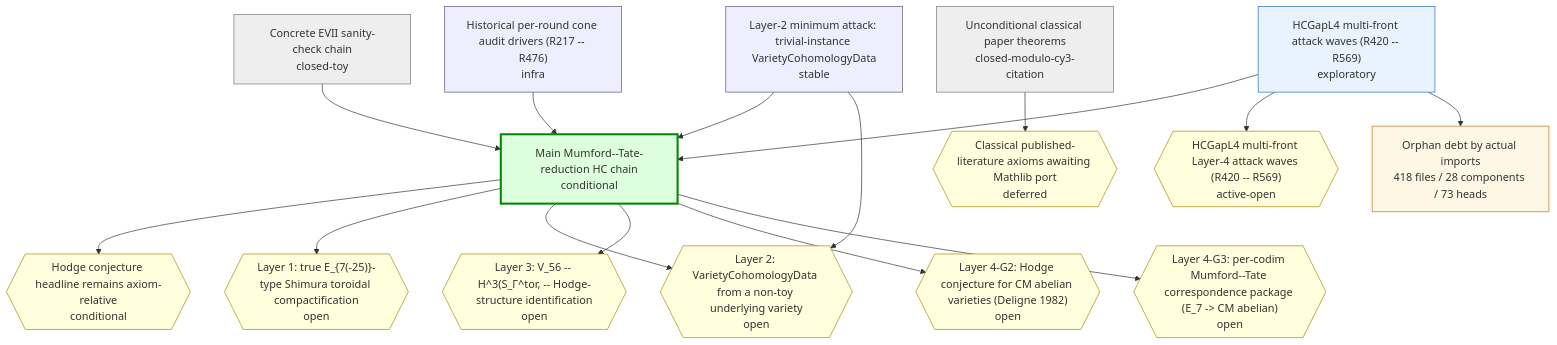
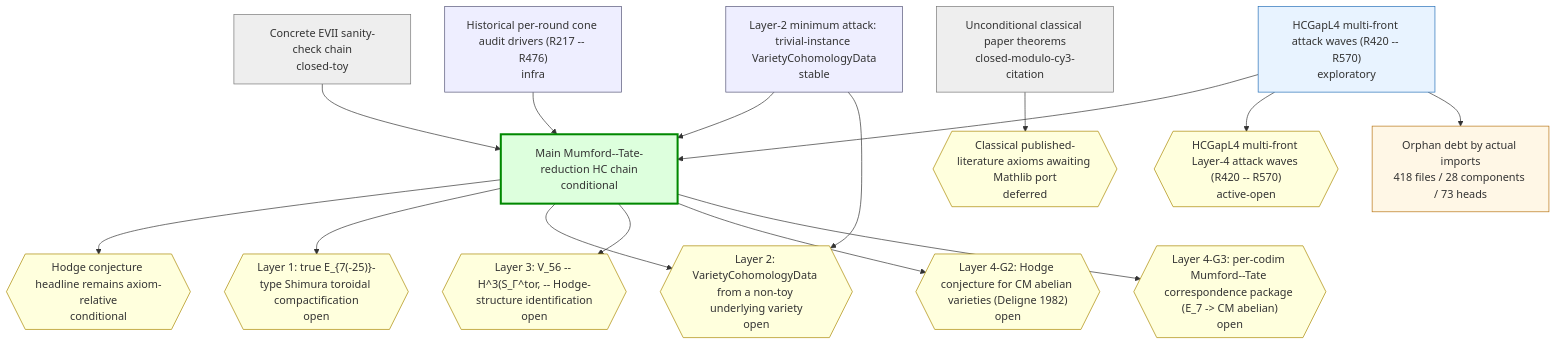
One commit to crabsatellite/hodge-conjecture-lean4-formalization changed the first of 2 diagrams in chain-status/research-map.md. Above: the diagram before and after it, drawn with Mermaid. The commit also changed other lines of this file and 7 other files, not shown here.

````diff
--- a/chain-status/research-map.md
+++ b/chain-status/research-map.md
@@ -45,44 +45,44 @@
 ```mermaid
 graph TD
   classDef main fill:#dfd,stroke:#080,stroke-width:3px
   classDef active fill:#e8f3ff,stroke:#2670b8
   classDef support fill:#eef,stroke:#557
   classDef closed fill:#eee,stroke:#777
   classDef dead fill:#fdd,stroke:#a00,stroke-width:2px
   classDef gapOpen fill:#ffd,stroke:#a80
   classDef gapClosed fill:#eee,stroke:#777
   classDef gapDead fill:#fdd,stroke:#a00
   classDef debt fill:#fff7e6,stroke:#b87514
   classDef debtTaxonomy fill:#e8f3ff,stroke:#2670b8,stroke-dasharray:3 3
   classDef debtRule fill:#eefbea,stroke:#398439,stroke-dasharray:3 3
   classDef debtDead fill:#fdd,stroke:#a00,stroke-dasharray:3 3
   chain_main_hc_axiom_relative["Main Mumford--Tate-reduction HC chain\nconditional"]:::main
   chain_unconditional_classical["Unconditional classical paper theorems\nclosed-modulo-cy3-citation"]:::closed
   chain_hcgap_l2_trivial_instances["Layer-2 minimum attack: trivial-instance VarietyCohomologyData\nstable"]:::support
-  chain_hcgap_l4_multifront_active["HCGapL4 multi-front attack waves (R420 -- R569)\nexploratory"]:::active
+  chain_hcgap_l4_multifront_active["HCGapL4 multi-front attack waves (R420 -- R570)\nexploratory"]:::active
   chain_concrete_evii_toy["Concrete EVII sanity-check chain\nclosed-toy"]:::closed
   chain_historical_cone_audits["Historical per-round cone audit drivers (R217 -- R476)\ninfra"]:::support
   gap_G_main_hc{{"Hodge conjecture headline remains axiom-relative\nconditional"}}:::gapOpen
   gap_G_l1_e7_shimura_tor{{"Layer 1: true E_{7(-25)}-type Shimura toroidal compactification\nopen"}}:::gapOpen
   gap_G_l2_cohomology_construction{{"Layer 2: VarietyCohomologyData from a non-toy underlying variety\nopen"}}:::gapOpen
   gap_G_l3_v56_mt_identification{{"Layer 3: V_56 -- H^3(S_Γ^tor, -- Hodge-structure identification\nopen"}}:::gapOpen
   gap_G_l4_cm_abelian_hc{{"Layer 4-G2: Hodge conjecture for CM abelian varieties (Deligne 1982)\nopen"}}:::gapOpen
   gap_G_l4_mt_correspondence{{"Layer 4-G3: per-codim Mumford--Tate correspondence package (E_7 -> CM abelian)\nopen"}}:::gapOpen
   gap_G_classical_mathlib_port{{"Classical published-literature axioms awaiting Mathlib port\ndeferred"}}:::gapOpen
-  gap_G_hcgap_l4_multifront{{"HCGapL4 multi-front Layer-4 attack waves (R420 -- R569)\nactive-open"}}:::gapOpen
+  gap_G_hcgap_l4_multifront{{"HCGapL4 multi-front Layer-4 attack waves (R420 -- R570)\nactive-open"}}:::gapOpen
   chain_main_hc_axiom_relative --> gap_G_main_hc
   chain_main_hc_axiom_relative --> gap_G_l1_e7_shimura_tor
   chain_main_hc_axiom_relative --> gap_G_l2_cohomology_construction
   chain_main_hc_axiom_relative --> gap_G_l3_v56_mt_identification
   chain_main_hc_axiom_relative --> gap_G_l4_cm_abelian_hc
   chain_main_hc_axiom_relative --> gap_G_l4_mt_correspondence
   chain_unconditional_classical --> gap_G_classical_mathlib_port
   chain_hcgap_l2_trivial_instances --> chain_main_hc_axiom_relative
   chain_hcgap_l2_trivial_instances --> gap_G_l2_cohomology_construction
   chain_hcgap_l4_multifront_active --> chain_main_hc_axiom_relative
   chain_hcgap_l4_multifront_active --> gap_G_hcgap_l4_multifront
   chain_concrete_evii_toy --> chain_main_hc_axiom_relative
   chain_historical_cone_audits --> chain_main_hc_axiom_relative
   debt_all["Orphan debt by actual imports\n418 files / 28 components / 73 heads"]:::debt
   chain_hcgap_l4_multifront_active --> debt_all
 ```
````
